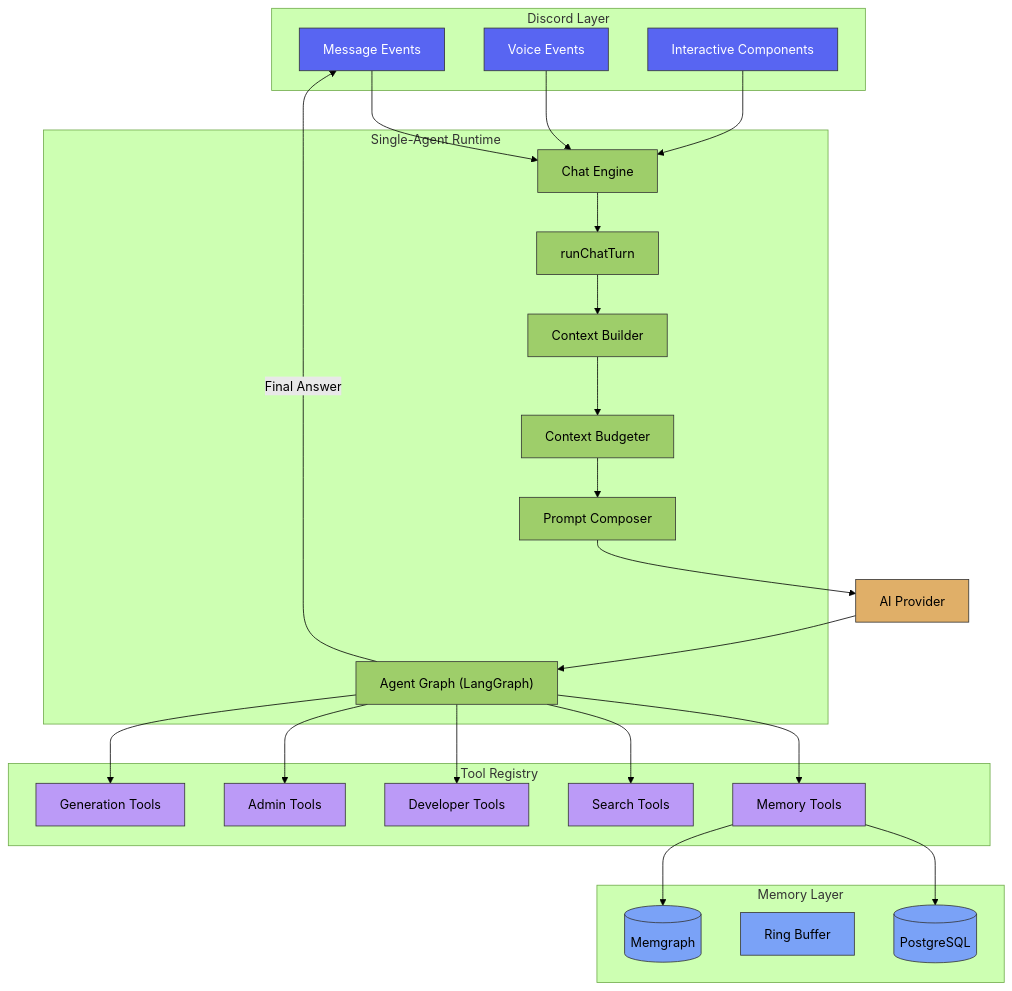
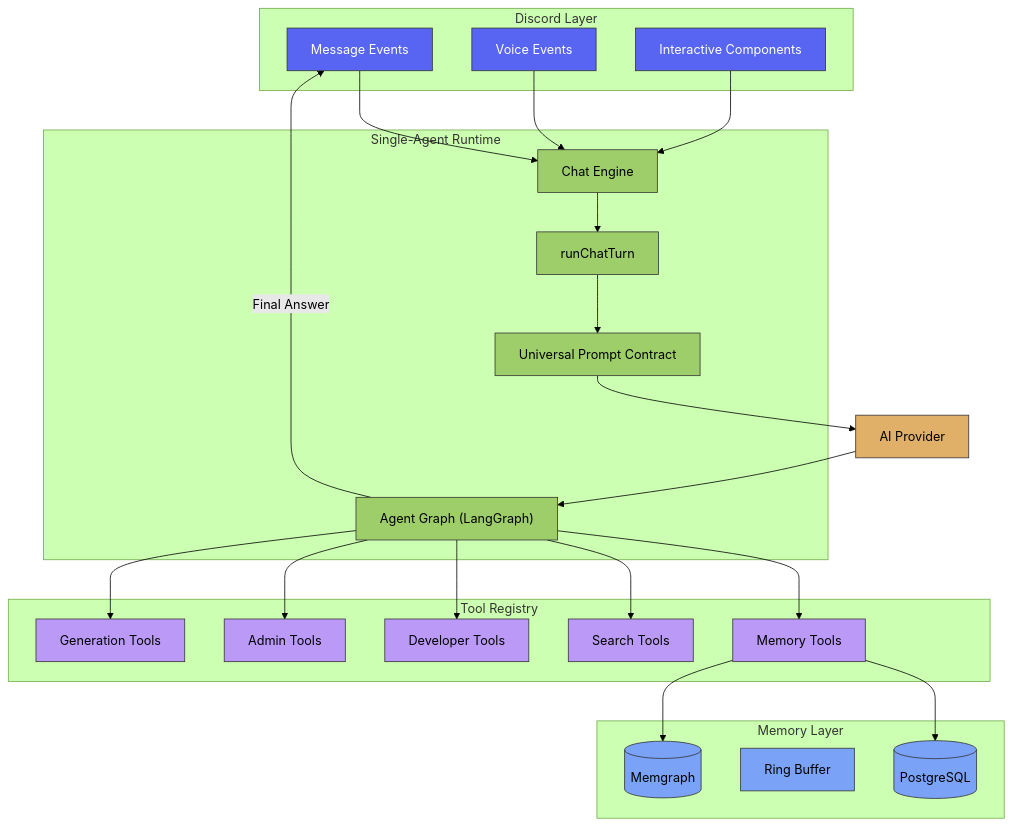
One commit to BokX1/Sage changed the first of 2 diagrams in docs/architecture/OVERVIEW.md. Above: the diagram before and after it, drawn with Mermaid (forest theme). The commit also changed other lines of this file and 26 other files, not shown here.

Commit message:
feat: harden prompt contract and graph closeout loop

````diff
--- a/docs/architecture/OVERVIEW.md
+++ b/docs/architecture/OVERVIEW.md
@@ -42,47 +42,44 @@
 ```mermaid
 flowchart TD
     classDef discord fill:#5865f2,stroke:#333,color:white
     classDef runtime fill:#9ECE6A,stroke:#333,color:black
     classDef memory fill:#7AA2F7,stroke:#333,color:black
     classDef tools fill:#BB9AF7,stroke:#333,color:black
     classDef llm fill:#E0AF68,stroke:#333,color:black
 
     subgraph Discord["Discord Layer"]
         ME[Message Events]:::discord
         VE[Voice Events]:::discord
         IC[Interactive Components]:::discord
     end
 
     subgraph Runtime["Single-Agent Runtime"]
         CE[Chat Engine]:::runtime
         RT[runChatTurn]:::runtime
-        CB[Context Builder]:::runtime
-        BG[Context Budgeter]:::runtime
-        PC[Prompt Composer]:::runtime
+        PC["Universal Prompt Contract"]:::runtime
         AG["Agent Graph (LangGraph)"]:::runtime
     end
 
     subgraph Memory["Memory Layer"]
         PG[(PostgreSQL)]:::memory
         RB[Ring Buffer]:::memory
         MG[(Memgraph)]:::memory
     end
 
     subgraph Tools["Tool Registry"]
         MT[Memory Tools]:::tools
         ST[Search Tools]:::tools
         DT[Developer Tools]:::tools
         AT[Admin Tools]:::tools
         GT[Generation Tools]:::tools
     end
 
     ME --> CE --> RT
     VE --> CE
     IC --> CE
-    RT --> CB --> BG
-    BG --> PC --> LLM[AI Provider]:::llm
+    RT --> PC --> LLM[AI Provider]:::llm
     LLM --> AG
     AG --> MT & ST & DT & AT & GT
     MT --> PG & MG
     AG -->|"Final Answer"| ME
 ```
````
